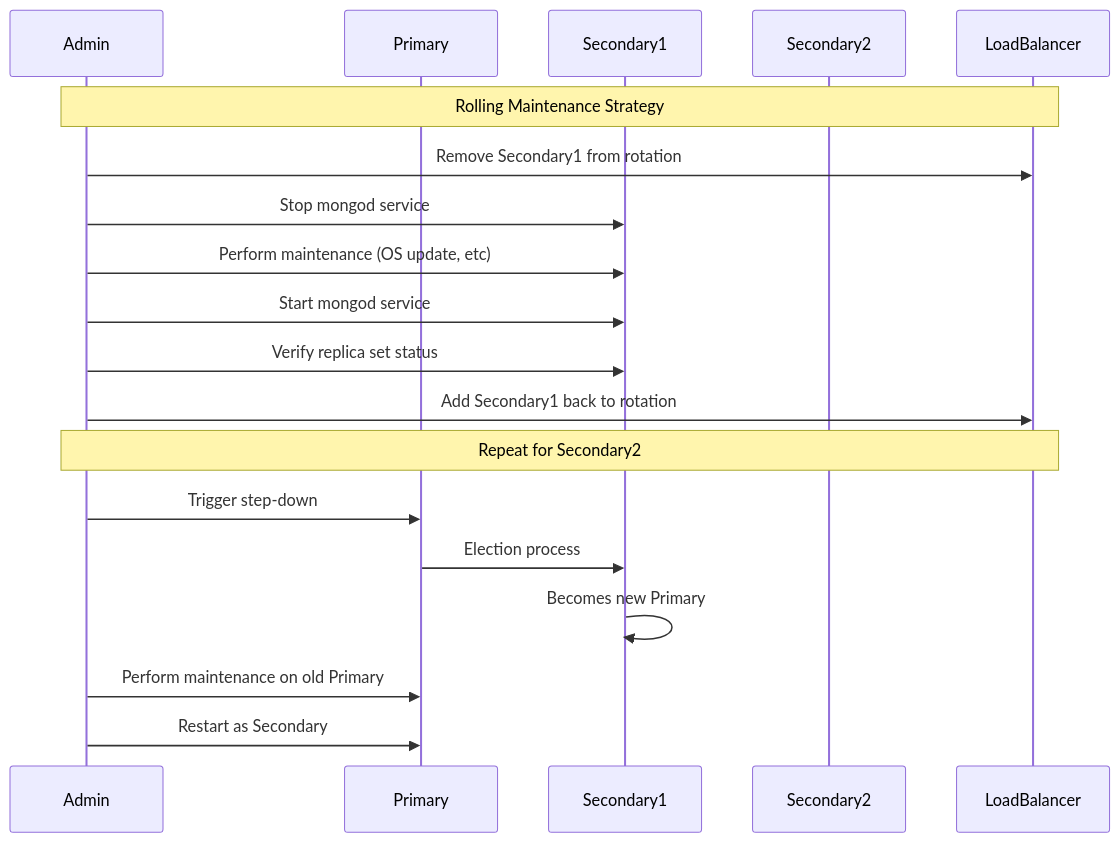
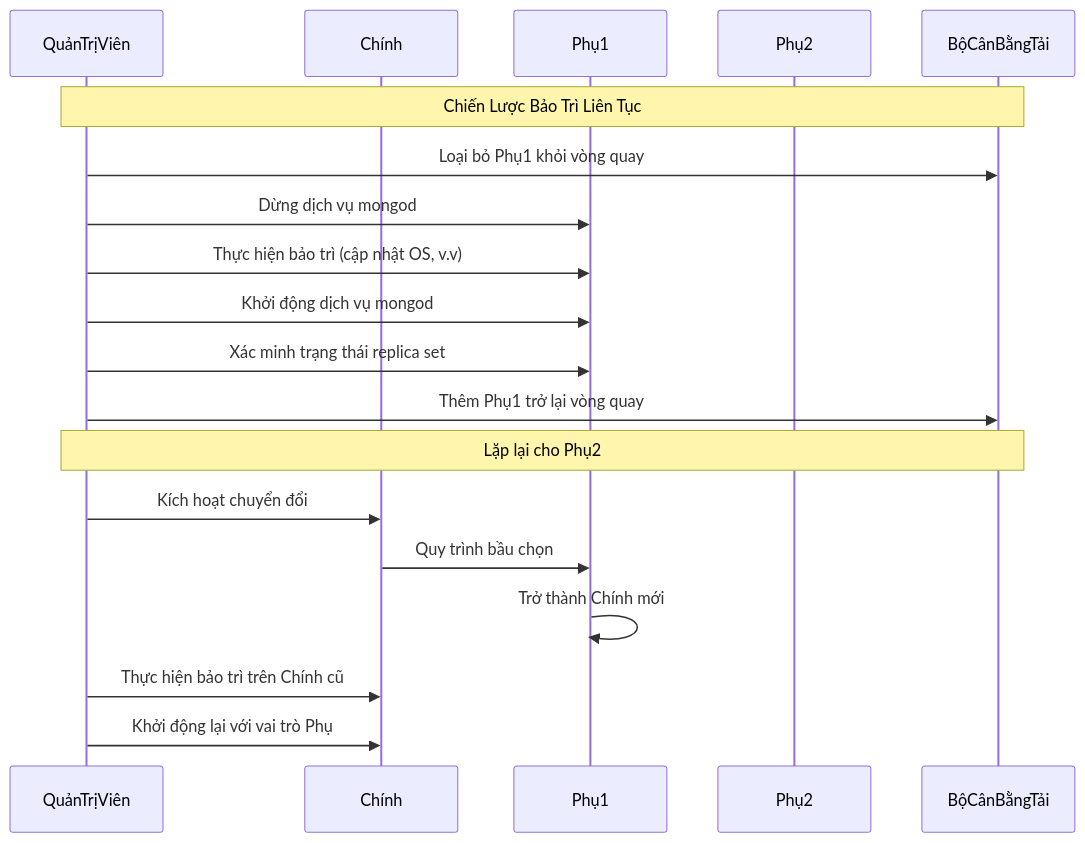
One commit to ngockhanhvd2812/DBA changed diagram 52 of 56 in DB/Mongo-Sharding/mongo-sharding-practice.md. Above: the diagram before and after it, drawn with Mermaid. The commit also changed other lines of this file, not shown here.

````diff
--- a/DB/Mongo-Sharding/mongo-sharding-practice.md
+++ b/DB/Mongo-Sharding/mongo-sharding-practice.md
@@ -3409,25 +3624,25 @@
 ```mermaid
 sequenceDiagram
-    participant Admin
-    participant Primary
-    participant Secondary1
-    participant Secondary2
-    participant LoadBalancer
+    participant QuảnTrịViên
+    participant Chính
+    participant Phụ1
+    participant Phụ2
+    participant BộCânBằngTải
     
-    Note over Admin,LoadBalancer: Rolling Maintenance Strategy
+    Note over QuảnTrịViên,BộCânBằngTải: Chiến Lược Bảo Trì Liên Tục
     
-    Admin->>LoadBalancer: Remove Secondary1 from rotation
-    Admin->>Secondary1: Stop mongod service
-    Admin->>Secondary1: Perform maintenance (OS update, etc)
-    Admin->>Secondary1: Start mongod service
-    Admin->>Secondary1: Verify replica set status
-    Admin->>LoadBalancer: Add Secondary1 back to rotation
+    QuảnTrịViên->>BộCânBằngTải: Loại bỏ Phụ1 khỏi vòng quay
+    QuảnTrịViên->>Phụ1: Dừng dịch vụ mongod
+    QuảnTrịViên->>Phụ1: Thực hiện bảo trì (cập nhật OS, v.v)
+    QuảnTrịViên->>Phụ1: Khởi động dịch vụ mongod
+    QuảnTrịViên->>Phụ1: Xác minh trạng thái replica set
+    QuảnTrịViên->>BộCânBằngTải: Thêm Phụ1 trở lại vòng quay
     
-    Note over Admin,LoadBalancer: Repeat for Secondary2
+    Note over QuảnTrịViên,BộCânBằngTải: Lặp lại cho Phụ2
     
-    Admin->>Primary: Trigger step-down
-    Primary->>Secondary1: Election process
-    Secondary1->>Secondary1: Becomes new Primary
-    Admin->>Primary: Perform maintenance on old Primary
-    Admin->>Primary: Restart as Secondary
+    QuảnTrịViên->>Chính: Kích hoạt chuyển đổi
+    Chính->>Phụ1: Quy trình bầu chọn
+    Phụ1->>Phụ1: Trở thành Chính mới
+    QuảnTrịViên->>Chính: Thực hiện bảo trì trên Chính cũ
+    QuảnTrịViên->>Chính: Khởi động lại với vai trò Phụ
 ```
````
